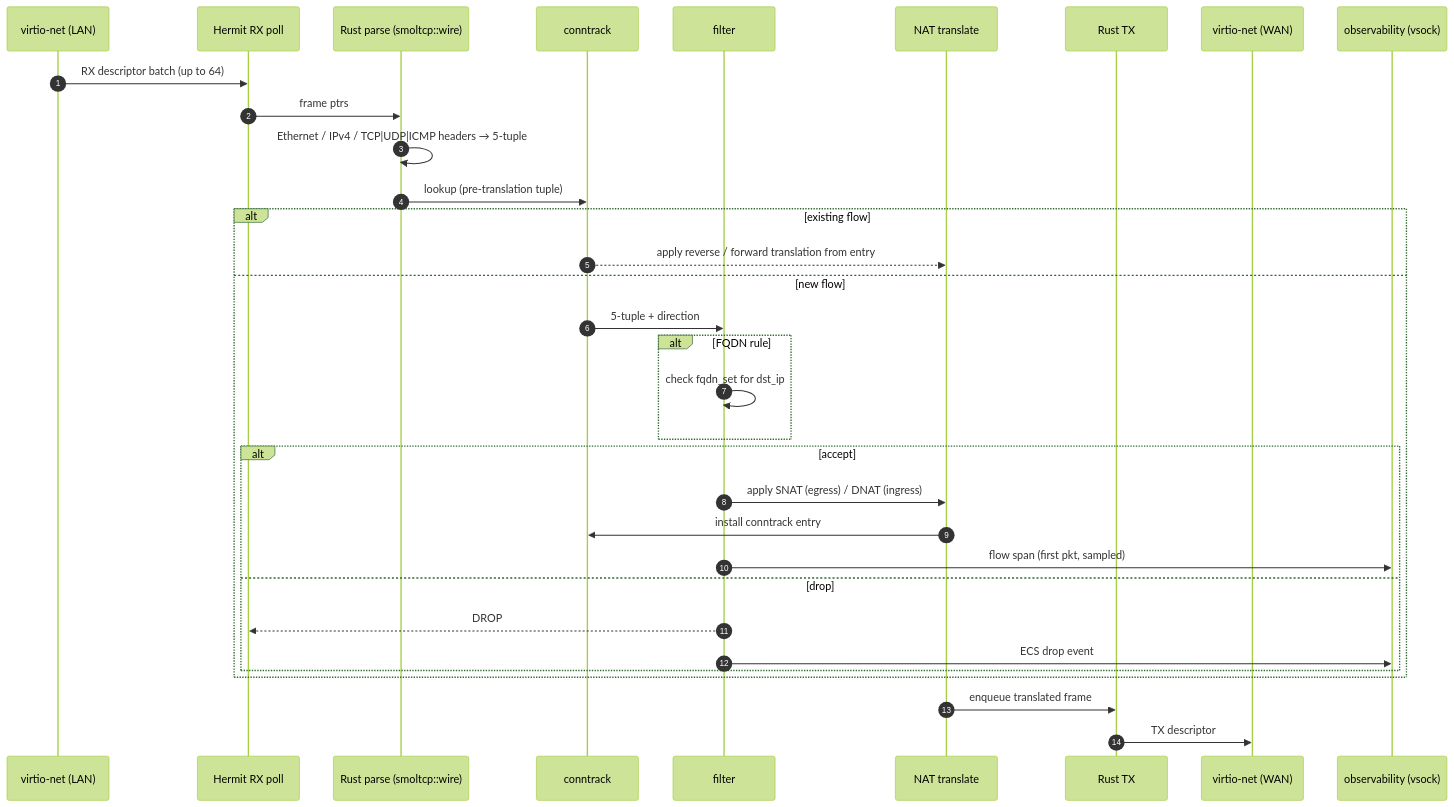
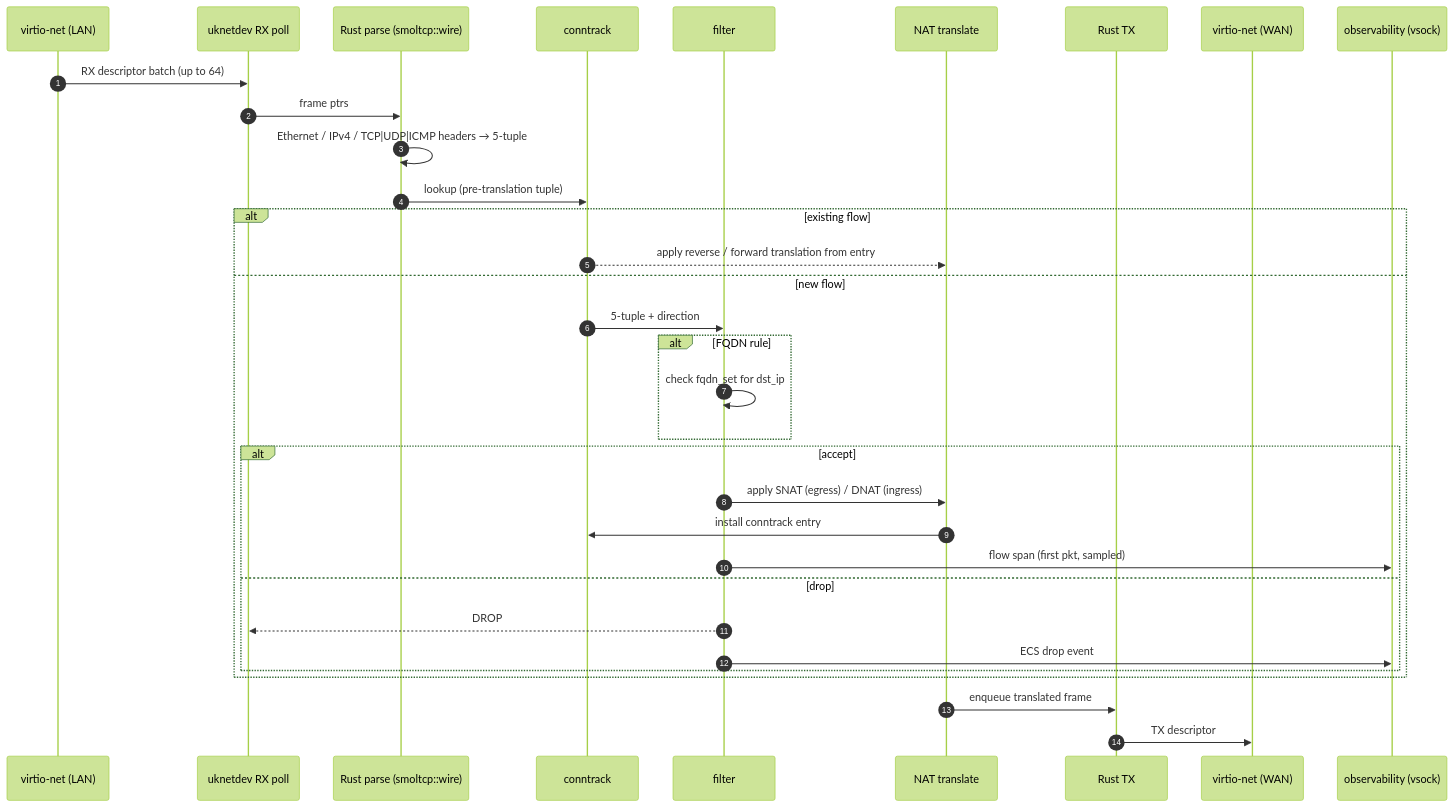
One commit to LeTuR/thurward changed the diagram in docs/architecture/02-packet-path.md. Above: the diagram before and after it, drawn with Mermaid (forest theme). The commit also changed other lines of this file and 11 other files, not shown here.

````diff
--- a/docs/architecture/02-packet-path.md
+++ b/docs/architecture/02-packet-path.md
@@ -24,36 +25,36 @@
 ```mermaid
 sequenceDiagram
     autonumber
     participant NIC0 as virtio-net (LAN)
-    participant POLL as Hermit RX poll
+    participant POLL as uknetdev RX poll
     participant PARSE as Rust parse (smoltcp::wire)
     participant CT as conntrack
     participant FILT as filter
     participant NAT as NAT translate
     participant TX as Rust TX
     participant NIC1 as virtio-net (WAN)
     participant OBS as observability (vsock)
 
     NIC0->>POLL: RX descriptor batch (up to 64)
     POLL->>PARSE: frame ptrs
     PARSE->>PARSE: Ethernet / IPv4 / TCP|UDP|ICMP headers → 5-tuple
     PARSE->>CT: lookup (pre-translation tuple)
     alt existing flow
         CT-->>NAT: apply reverse / forward translation from entry
     else new flow
         CT->>FILT: 5-tuple + direction
         alt FQDN rule
             FILT->>FILT: check fqdn_set for dst_ip
         end
         alt accept
             FILT->>NAT: apply SNAT (egress) / DNAT (ingress)
             NAT->>CT: install conntrack entry
             FILT->>OBS: flow span (first pkt, sampled)
         else drop
             FILT-->>POLL: DROP
             FILT->>OBS: ECS drop event
         end
     end
     NAT->>TX: enqueue translated frame
     TX->>NIC1: TX descriptor
 ```
````
